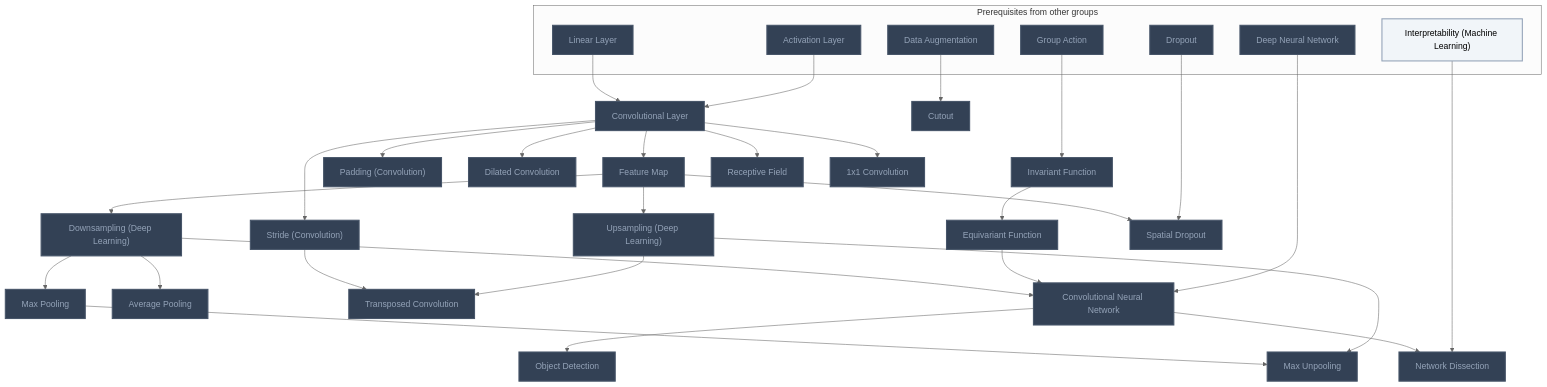
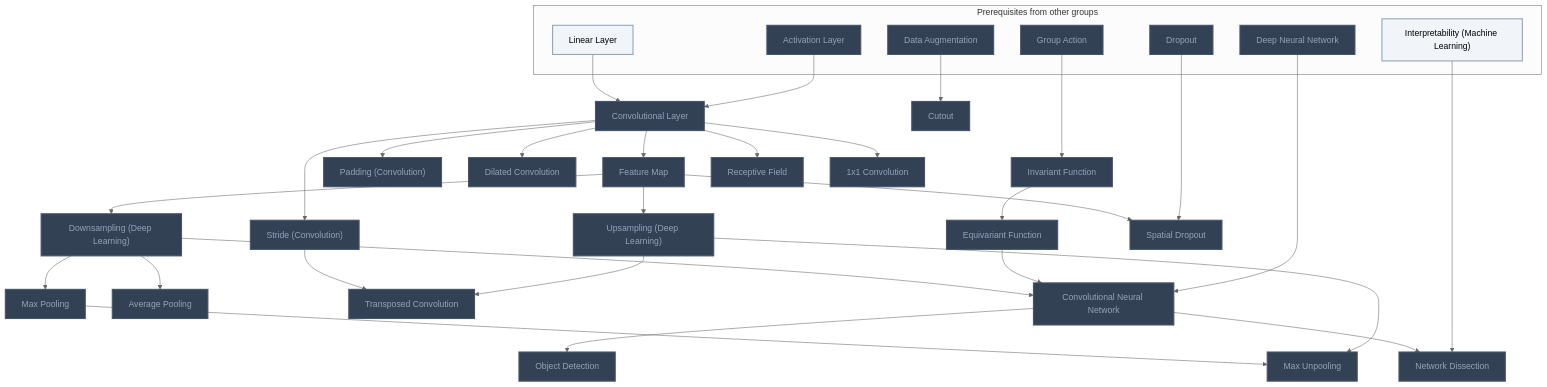
One commit to MRauf1/My-Notes changed the ninth of 21 diagrams in Gamification/Skill Trees/Deep Learning.md. Above: the diagram before and after it, drawn with Mermaid (neutral theme). The commit also changed other lines of this file and 156 other files, not shown here.

````diff
--- a/Gamification/Skill Trees/Deep Learning.md
+++ b/Gamification/Skill Trees/Deep Learning.md
@@ -443,71 +448,71 @@
 ```mermaid
 flowchart TD
     classDef planned fill:#1E293B,stroke:#64748B,stroke-width:2px,stroke-dasharray:5 5,color:#94A3B8;
     classDef locked fill:#334155,stroke:#475569,stroke-width:2px,color:#94A3B8;
     classDef L0 fill:#F1F5F9,stroke:#94A3B8,stroke-width:2px,color:#000000;
     classDef L1 fill:#22C55E,stroke:#15803D,stroke-width:2px,color:#000000;
     classDef L2 fill:#3B82F6,stroke:#1D4ED8,stroke-width:3px,color:#FFFFFF;
     classDef L3 fill:#A855F7,stroke:#6B21A8,stroke-width:3px,color:#FFFFFF,font-weight:bold;
     classDef L4 fill:#F97316,stroke:#C2410C,stroke-width:4px,color:#000000,font-weight:bold;
     classDef L5 fill:#FFD700,stroke:#FF8C00,stroke-width:5px,color:#000000,font-weight:bold;
     classDef rusty stroke:#8B4513,stroke-width:4px,stroke-dasharray:3 3;
     subgraph sg_prereqs["Prerequisites from other groups"]
         n_group_action["Group Action"]
         n_activation_layer["Activation Layer"]
         n_linear_layer["Linear Layer"]
         n_deep_neural_network["Deep Neural Network"]
         n_data_augmentation["Data Augmentation"]
         n_dropout["Dropout"]
         n_interpretability_machine_learning["Interpretability (Machine Learning)"]
     end
     n_invariant_function["Invariant Function"]
     n_equivariant_function["Equivariant Function"]
     n_convolutional_layer["Convolutional Layer"]
     n_stride_convolution["Stride (Convolution)"]
     n_padding_convolution["Padding (Convolution)"]
     n_dilated_convolution["Dilated Convolution"]
     n_feature_map["Feature Map"]
     n_receptive_field["Receptive Field"]
     n_1x1_convolution["1x1 Convolution"]
     n_downsampling_deep_learning["Downsampling (Deep Learning)"]
     n_upsampling_deep_learning["Upsampling (Deep Learning)"]
     n_max_pooling["Max Pooling"]
     n_average_pooling["Average Pooling"]
     n_max_unpooling["Max Unpooling"]
     n_transposed_convolution["Transposed Convolution"]
     n_convolutional_neural_network["Convolutional Neural Network"]
     n_cutout["Cutout"]
     n_spatial_dropout["Spatial Dropout"]
     n_object_detection["Object Detection"]
     n_network_dissection["Network Dissection"]
     n_group_action --> n_invariant_function
     n_invariant_function --> n_equivariant_function
     n_activation_layer --> n_convolutional_layer
     n_linear_layer --> n_convolutional_layer
     n_convolutional_layer --> n_stride_convolution
     n_convolutional_layer --> n_padding_convolution
     n_convolutional_layer --> n_dilated_convolution
     n_convolutional_layer --> n_feature_map
     n_convolutional_layer --> n_receptive_field
     n_convolutional_layer --> n_1x1_convolution
     n_feature_map --> n_downsampling_deep_learning
     n_feature_map --> n_upsampling_deep_learning
     n_downsampling_deep_learning --> n_max_pooling
     n_downsampling_deep_learning --> n_average_pooling
     n_upsampling_deep_learning --> n_max_unpooling
     n_max_pooling --> n_max_unpooling
     n_upsampling_deep_learning --> n_transposed_convolution
     n_stride_convolution --> n_transposed_convolution
     n_deep_neural_network --> n_convolutional_neural_network
     n_equivariant_function --> n_convolutional_neural_network
     n_downsampling_deep_learning --> n_convolutional_neural_network
     n_data_augmentation --> n_cutout
     n_dropout --> n_spatial_dropout
     n_feature_map --> n_spatial_dropout
     n_convolutional_neural_network --> n_object_detection
     n_interpretability_machine_learning --> n_network_dissection
     n_convolutional_neural_network --> n_network_dissection
-    class n_group_action,n_activation_layer,n_linear_layer,n_deep_neural_network,n_data_augmentation,n_dropout,n_invariant_function,n_equivariant_function,n_convolutional_layer,n_stride_convolution,n_padding_convolution,n_dilated_convolution,n_feature_map,n_receptive_field,n_1x1_convolution,n_downsampling_deep_learning,n_upsampling_deep_learning,n_max_pooling,n_average_pooling,n_max_unpooling,n_transposed_convolution,n_convolutional_neural_network,n_cutout,n_spatial_dropout,n_object_detection,n_network_dissection locked;
-    class n_interpretability_machine_learning L0;
+    class n_group_action,n_activation_layer,n_deep_neural_network,n_data_augmentation,n_dropout,n_invariant_function,n_equivariant_function,n_convolutional_layer,n_stride_convolution,n_padding_convolution,n_dilated_convolution,n_feature_map,n_receptive_field,n_1x1_convolution,n_downsampling_deep_learning,n_upsampling_deep_learning,n_max_pooling,n_average_pooling,n_max_unpooling,n_transposed_convolution,n_convolutional_neural_network,n_cutout,n_spatial_dropout,n_object_detection,n_network_dissection locked;
+    class n_linear_layer,n_interpretability_machine_learning L0;
     class n_group_action,n_activation_layer,n_linear_layer,n_deep_neural_network,n_data_augmentation,n_dropout,n_interpretability_machine_learning,n_invariant_function,n_equivariant_function,n_convolutional_layer,n_stride_convolution,n_padding_convolution,n_dilated_convolution,n_feature_map,n_receptive_field,n_1x1_convolution,n_downsampling_deep_learning,n_upsampling_deep_learning,n_max_pooling,n_average_pooling,n_max_unpooling,n_transposed_convolution,n_convolutional_neural_network,n_cutout,n_spatial_dropout,n_object_detection,n_network_dissection internal-link;
 ```
````
